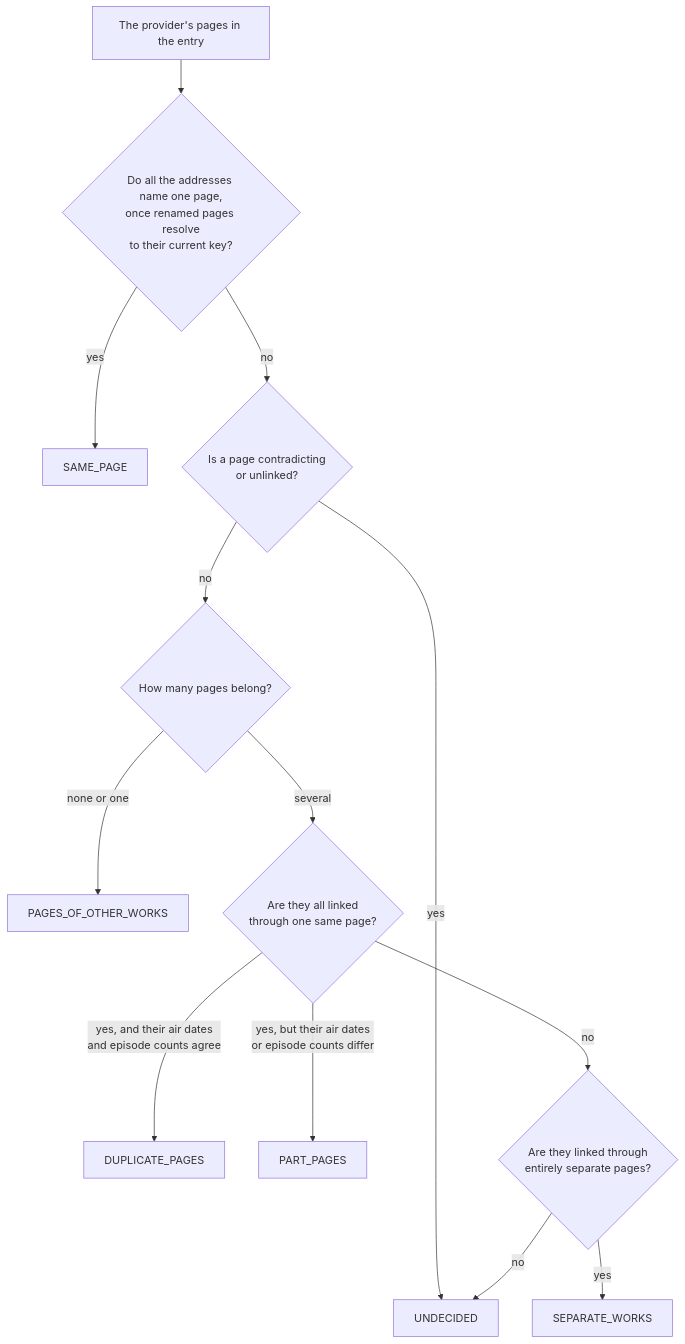
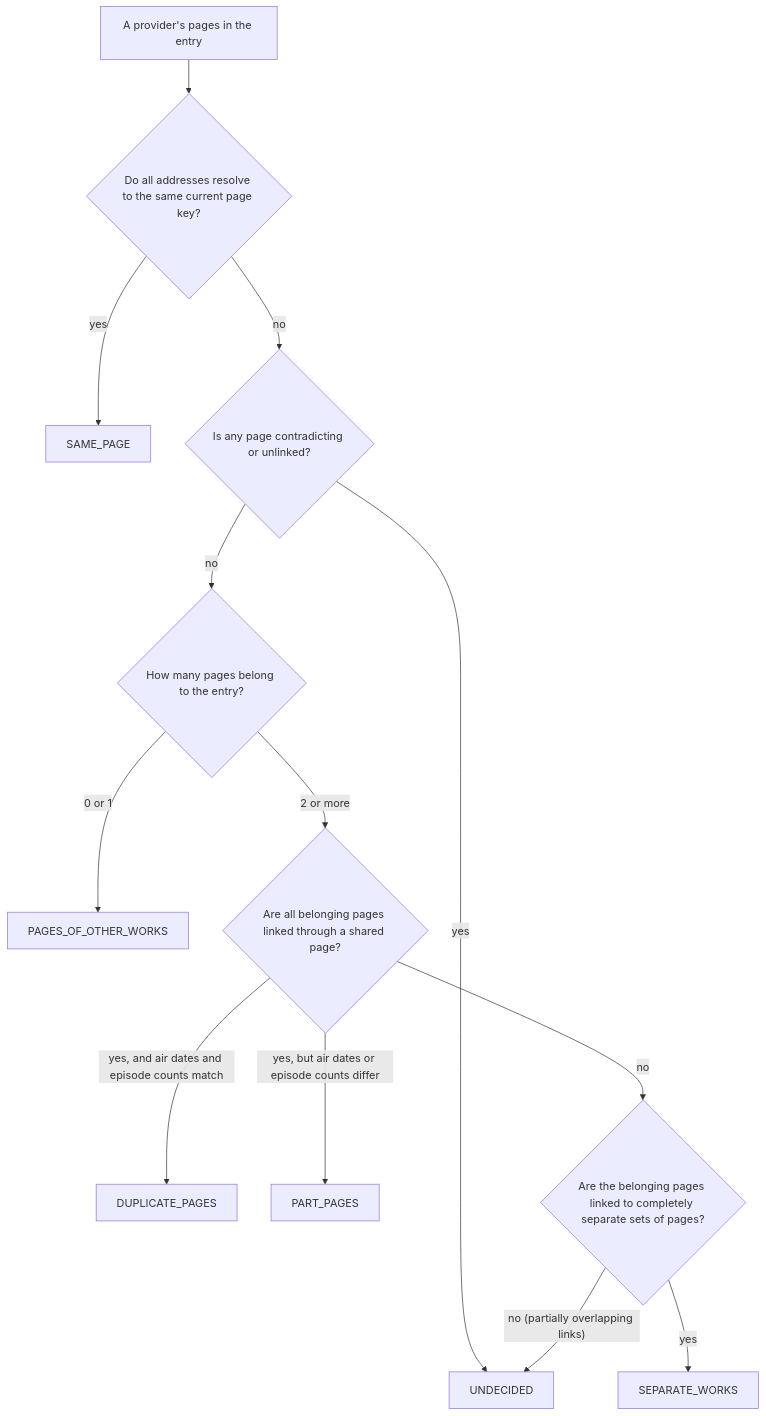
One commit to adnanaq/echora changed the second of 5 diagrams in libs/work_matching/README.md. Above: the diagram before and after it, drawn with Mermaid. The commit also changed other lines of this file and 185 other files, not shown here.

First line of the commit message:
feat(ECHO-79): Let an "other work" answer name the seed entry the page moves to (#64)

````diff
--- a/libs/work_matching/README.md
+++ b/libs/work_matching/README.md
@@ -188,15 +187,15 @@
 ```mermaid
 flowchart TD
-    start[The provider's pages in the entry] --> same{Do all the addresses name one page,<br/>once renamed pages resolve<br/>to their current key?}
-    same -- yes --> SAME_PAGE[SAME_PAGE]
-    same -- no --> unplaced{Is a page contradicting<br/>or unlinked?}
-    unplaced -- yes --> UNDECIDED[UNDECIDED]
-    unplaced -- no --> count{How many pages belong?}
-    count -- "none or one" --> PAGES_OF_OTHER_WORKS[PAGES_OF_OTHER_WORKS]
-    count -- several --> shared{Are they all linked<br/>through one same page?}
-    shared -- "yes, and their air dates<br/>and episode counts agree" --> DUPLICATE_PAGES[DUPLICATE_PAGES]
-    shared -- "yes, but their air dates<br/>or episode counts differ" --> PART_PAGES[PART_PAGES]
-    shared -- no --> apart{Are they linked through<br/>entirely separate pages?}
-    apart -- yes --> SEPARATE_WORKS[SEPARATE_WORKS]
-    apart -- no --> UNDECIDED
+    start["A provider's pages in the entry"] --> same{"Do all addresses resolve to the same current page key?"}
+    same -- "yes" --> SAME_PAGE["SAME_PAGE"]
+    same -- "no" --> unplaced{"Is any page contradicting or unlinked?"}
+    unplaced -- "yes" --> UNDECIDED["UNDECIDED"]
+    unplaced -- "no" --> count{"How many pages belong to the entry?"}
+    count -- "0 or 1" --> PAGES_OF_OTHER_WORKS["PAGES_OF_OTHER_WORKS"]
+    count -- "2 or more" --> shared{"Are all belonging pages linked through a shared page?"}
+    shared -- "yes, and air dates and episode counts match" --> DUPLICATE_PAGES["DUPLICATE_PAGES"]
+    shared -- "yes, but air dates or episode counts differ" --> PART_PAGES["PART_PAGES"]
+    shared -- "no" --> apart{"Are the belonging pages linked to completely separate sets of pages?"}
+    apart -- "yes" --> SEPARATE_WORKS["SEPARATE_WORKS"]
+    apart -- "no (partially overlapping links)" --> UNDECIDED
 ```
````
